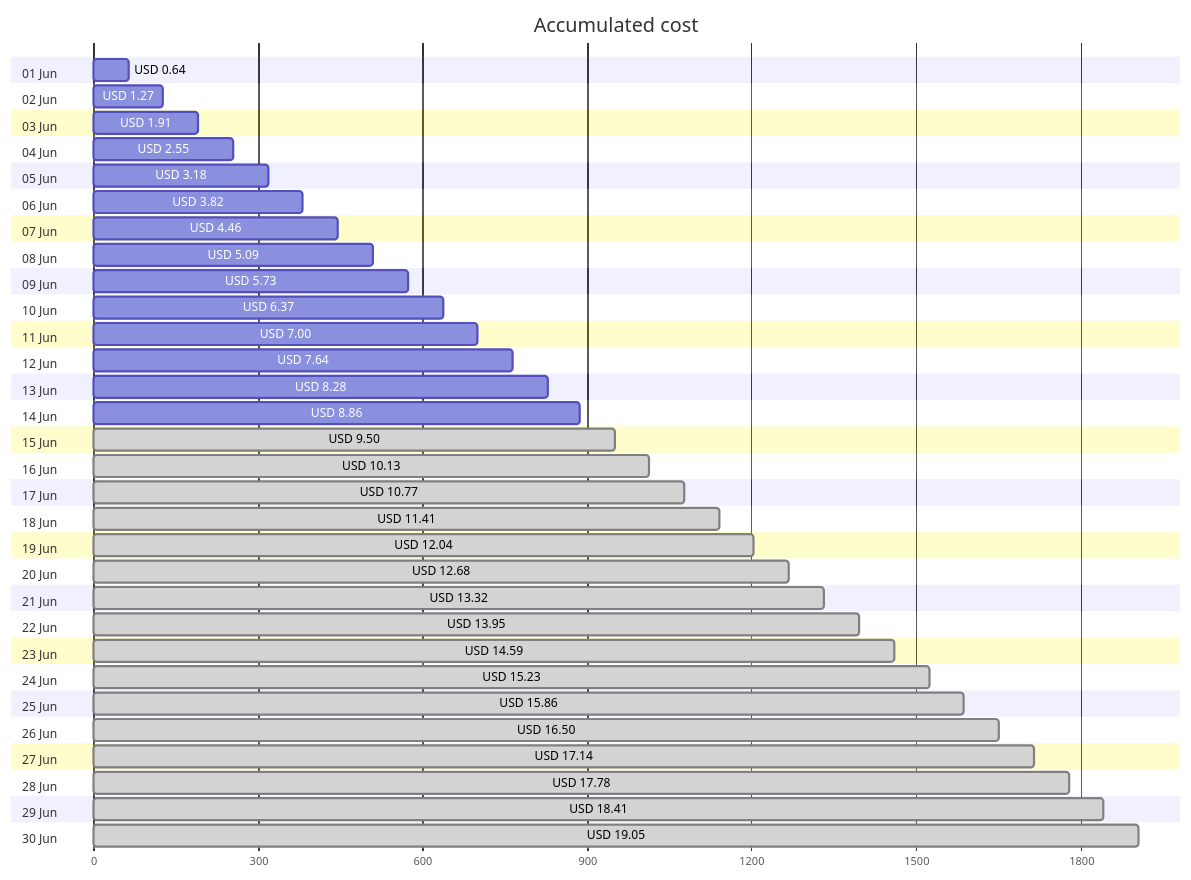
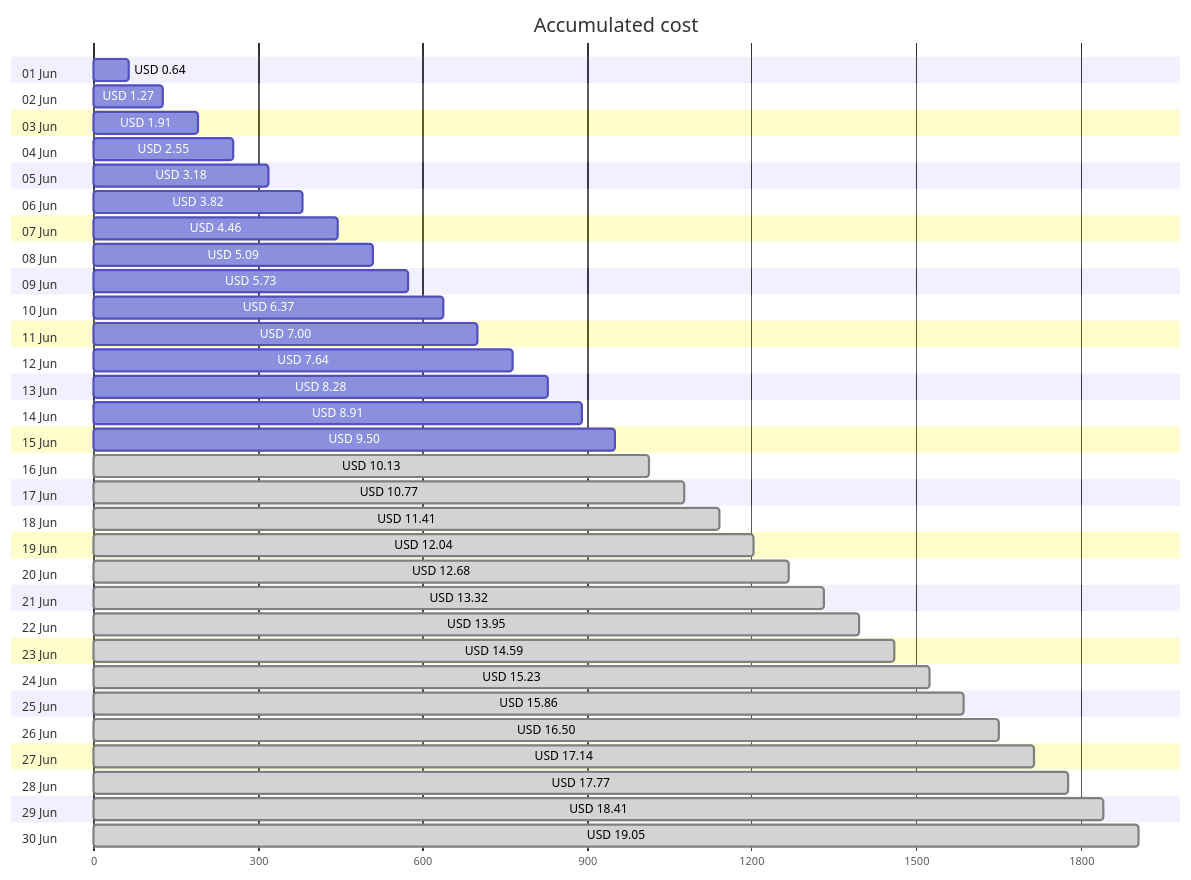
The first of 4 diagrams in cost-reports/accumulated-cost.md (jpfulton/azure-personal-reports), drawn with Mermaid before and after one commit. The commit also changed other lines of this file and 4 other files, not shown here.

````diff
--- a/cost-reports/accumulated-cost.md
+++ b/cost-reports/accumulated-cost.md
@@ -20,66 +20,66 @@
 ```mermaid
 gantt
    title Accumulated cost
    dateFormat  X
    axisFormat %s
    section 01 Jun
    USD 0.64 :0, 64
    section 02 Jun
    USD 1.27 :0, 127
    section 03 Jun
    USD 1.91 :0, 191
    section 04 Jun
    USD 2.55 :0, 255
    section 05 Jun
    USD 3.18 :0, 318
    section 06 Jun
    USD 3.82 :0, 382
    section 07 Jun
    USD 4.46 :0, 446
    section 08 Jun
    USD 5.09 :0, 509
    section 09 Jun
    USD 5.73 :0, 573
    section 10 Jun
    USD 6.37 :0, 637
    section 11 Jun
    USD 7.00 :0, 700
    section 12 Jun
    USD 7.64 :0, 764
    section 13 Jun
    USD 8.28 :0, 828
    section 14 Jun
-   USD 8.86 :0, 886
+   USD 8.91 :0, 891
    section 15 Jun
-   USD 9.50 : done, 0, 950
+   USD 9.50 :0, 950
    section 16 Jun
    USD 10.13 : done, 0, 1013
    section 17 Jun
    USD 10.77 : done, 0, 1077
    section 18 Jun
    USD 11.41 : done, 0, 1141
    section 19 Jun
    USD 12.04 : done, 0, 1204
    section 20 Jun
    USD 12.68 : done, 0, 1268
    section 21 Jun
    USD 13.32 : done, 0, 1332
    section 22 Jun
    USD 13.95 : done, 0, 1395
    section 23 Jun
    USD 14.59 : done, 0, 1459
    section 24 Jun
    USD 15.23 : done, 0, 1523
    section 25 Jun
    USD 15.86 : done, 0, 1586
    section 26 Jun
    USD 16.50 : done, 0, 1650
    section 27 Jun
    USD 17.14 : done, 0, 1714
    section 28 Jun
-   USD 17.78 : done, 0, 1778
+   USD 17.77 : done, 0, 1777
    section 29 Jun
    USD 18.41 : done, 0, 1841
    section 30 Jun
    USD 19.05 : done, 0, 1905
 ```
````
